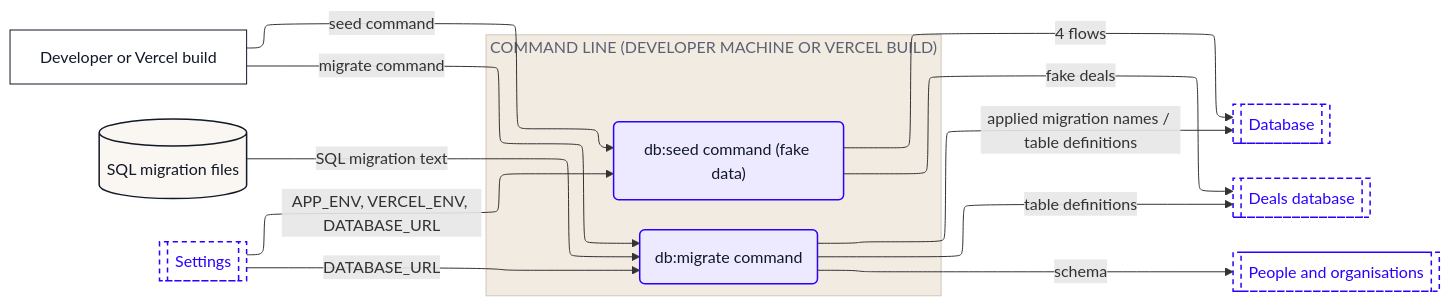
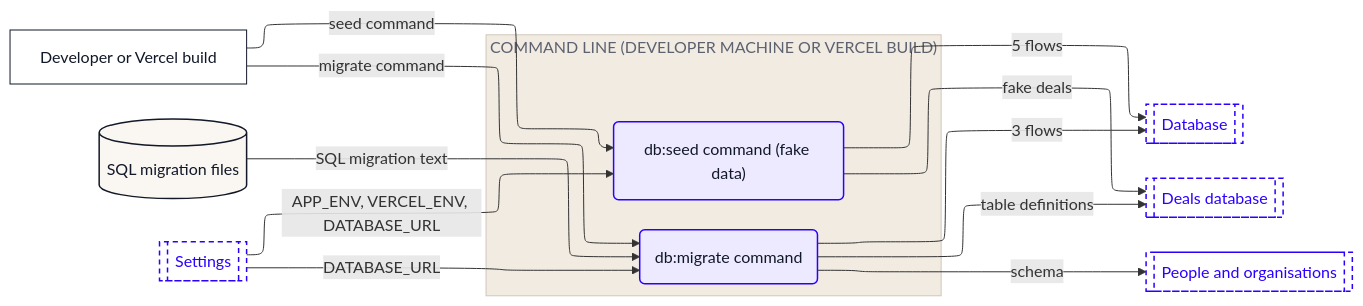
Before and after one commit to Romain-Perche/Barnacle-Pipe: the fourth of 10 diagrams in dataflow/DATAFLOW.md, drawn with Mermaid. The commit also changed other lines of this file and 14 other files, not shown here.

````diff
--- a/dataflow/DATAFLOW.md
+++ b/dataflow/DATAFLOW.md
@@ -209,38 +210,38 @@
 ```mermaid
 ---
 config:
   layout: elk
 ---
 flowchart LR
     n1["Developer or Vercel build"]
     n2[("SQL migration files")]
     subgraph z1["COMMAND LINE (DEVELOPER MACHINE OR VERCEL BUILD)"]
         n3("db:migrate command")
         n4("db:seed command (fake data)")
     end
     n5[["Database"]]
     n6[["Deals database"]]
     n7[["People and organisations"]]
     n8[["Settings"]]
     n1 -->|"migrate command"| n3
     n1 -->|"seed command"| n4
     n8 -->|"DATABASE_URL"| n3
     n8 -->|"APP_ENV, VERCEL_ENV, DATABASE_URL"| n4
     n3 -->|"table definitions"| n6
     n3 -->|"schema"| n7
-    n3 -->|"applied migration names / table definitions"| n5
+    n3 -->|"3 flows"| n5
     n2 -->|"SQL migration text"| n3
     n4 -->|"fake deals"| n6
-    n4 -->|"4 flows"| n5
+    n4 -->|"5 flows"| n5
     classDef actor fill:#FFFFFF,stroke:#111827,stroke-width:1px,color:#111827
     classDef process fill:#EDEAFF,stroke:#2B00FF,stroke-width:1.5px,color:#111827
     classDef store fill:#FAF6F1,stroke:#111827,stroke-width:1.5px,color:#111827
     classDef zone fill:#1A1A1A,stroke:#1A1A1A,color:#FFFFFF
     classDef group fill:#2B00FF,stroke:#2B00FF,color:#FFFFFF
     classDef stub fill:#FFFFFF,stroke:#2B00FF,stroke-width:1.5px,stroke-dasharray:5 4,color:#2B00FF
     class n1 actor
     class n3,n4 process
     class n2 store
     class n5,n6,n7,n8 stub
     style z1 fill:#F1EBE2,stroke:#CFC7BB,color:#5D6270
 ```
````
